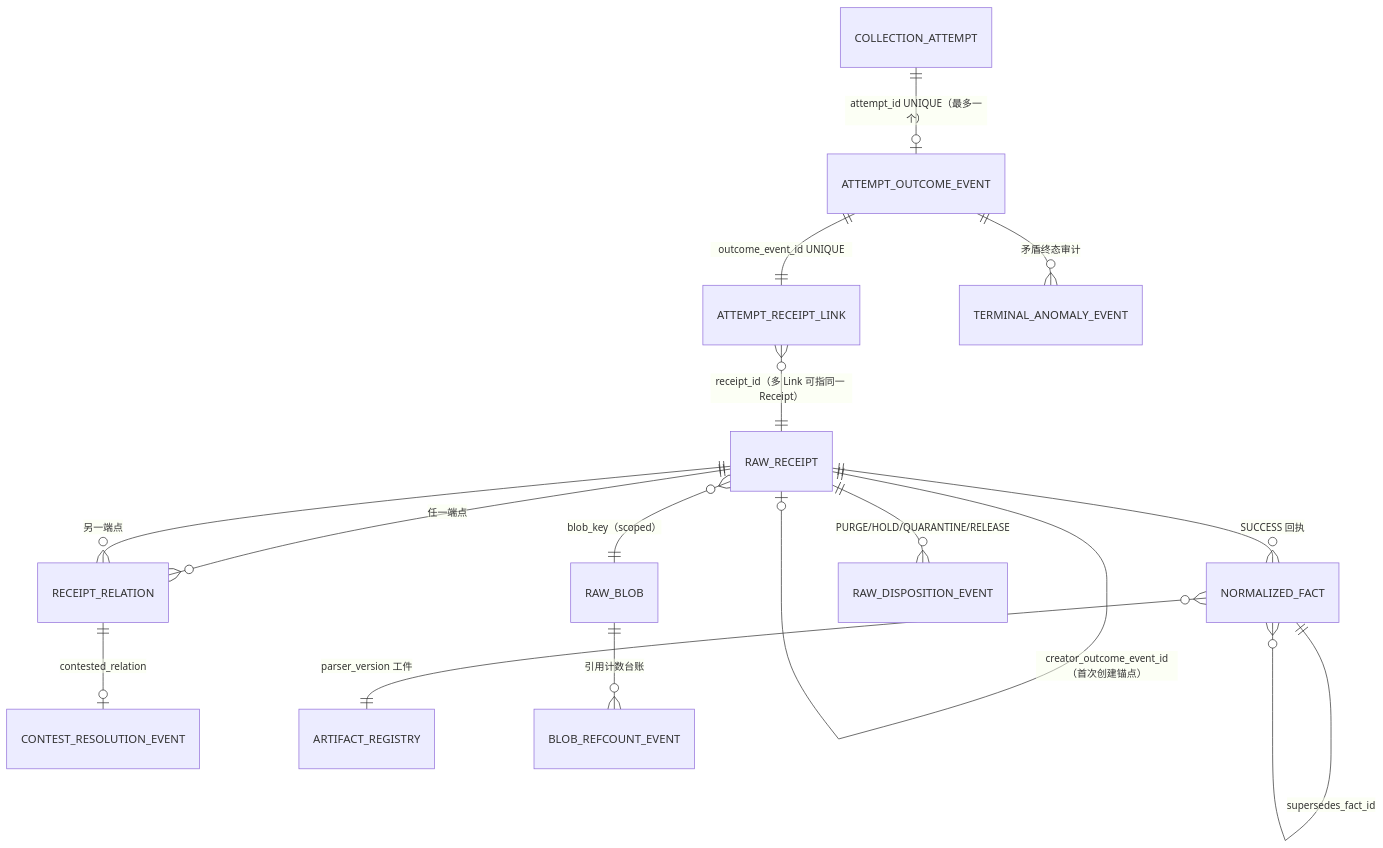
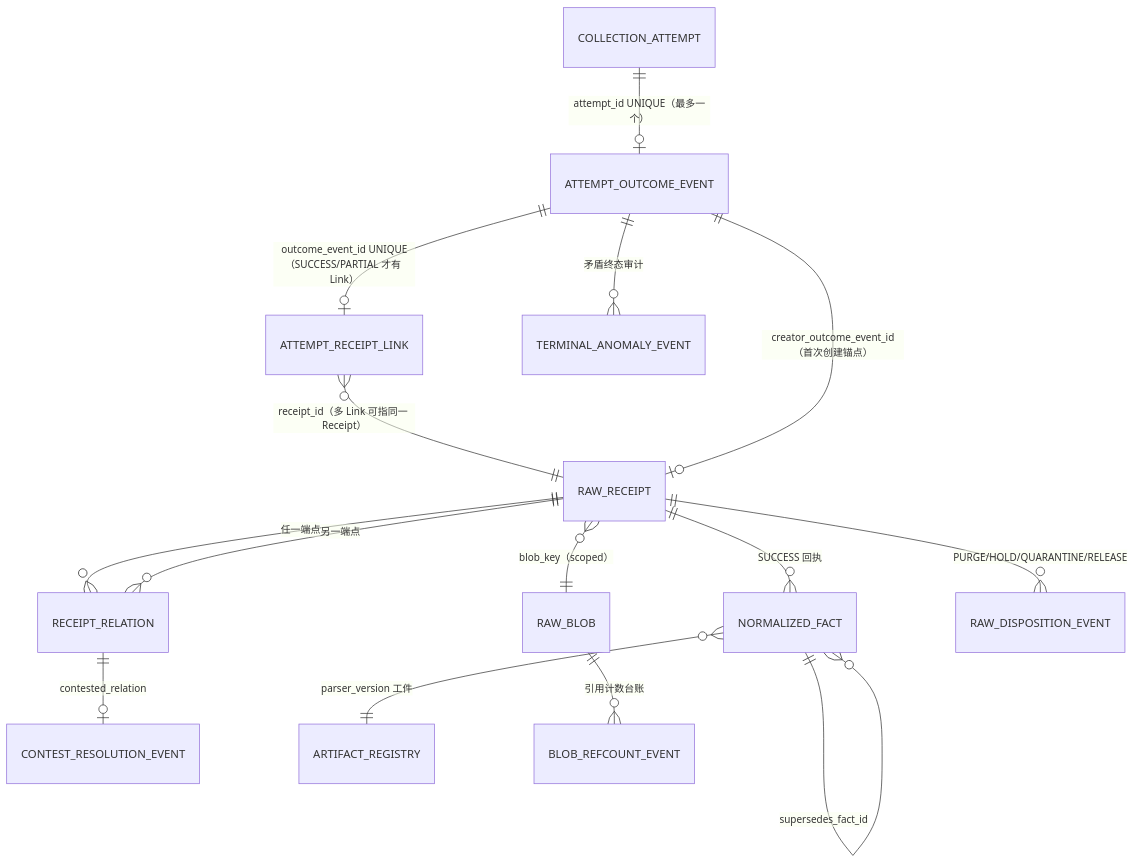
One commit to xqw1377-prog/STAR changed the diagram in docs/p1-data/D0/ERD_CONSTRAINTS.md. Above: the diagram before and after it, drawn with Mermaid. The commit also changed other lines of this file and 3 other files, not shown here.

````diff
--- a/docs/p1-data/D0/ERD_CONSTRAINTS.md
+++ b/docs/p1-data/D0/ERD_CONSTRAINTS.md
@@ -9,17 +9,17 @@
 ```mermaid
 erDiagram
   COLLECTION_ATTEMPT ||--o| ATTEMPT_OUTCOME_EVENT : "attempt_id UNIQUE（最多一个）"
-  ATTEMPT_OUTCOME_EVENT ||--|| ATTEMPT_RECEIPT_LINK : "outcome_event_id UNIQUE"
+  ATTEMPT_OUTCOME_EVENT ||--o| ATTEMPT_RECEIPT_LINK : "outcome_event_id UNIQUE（SUCCESS/PARTIAL 才有 Link）"
   ATTEMPT_RECEIPT_LINK }o--|| RAW_RECEIPT : "receipt_id（多 Link 可指同一 Receipt）"
   RAW_RECEIPT }o--|| RAW_BLOB : "blob_key（scoped）"
-  RAW_RECEIPT ||--o| RAW_RECEIPT : "creator_outcome_event_id（首次创建锚点）"
+  ATTEMPT_OUTCOME_EVENT ||--o| RAW_RECEIPT : "creator_outcome_event_id（首次创建锚点）"
   RAW_RECEIPT ||--o{ RECEIPT_RELATION : "任一端点"
   RECEIPT_RELATION }o--|| RAW_RECEIPT : "另一端点"
   RECEIPT_RELATION ||--o| CONTEST_RESOLUTION_EVENT : "contested_relation"
   RAW_RECEIPT ||--o{ NORMALIZED_FACT : "SUCCESS 回执"
   NORMALIZED_FACT ||--o{ NORMALIZED_FACT : "supersedes_fact_id"
   NORMALIZED_FACT }o--|| ARTIFACT_REGISTRY : "parser_version 工件"
   RAW_RECEIPT ||--o{ RAW_DISPOSITION_EVENT : "PURGE/HOLD/QUARANTINE/RELEASE"
   RAW_BLOB ||--o{ BLOB_REFCOUNT_EVENT : "引用计数台账"
   ATTEMPT_OUTCOME_EVENT ||--o{ TERMINAL_ANOMALY_EVENT : "矛盾终态审计"
 ```
````
